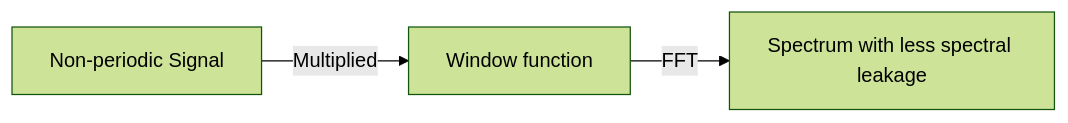
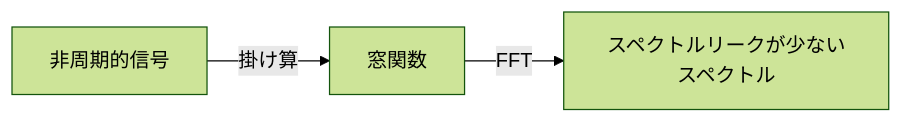
Before and after one commit to neetjack/neetjack.github.io: the second of 2 diagrams in src/content/posts/Windowing/windowing-JP.md, drawn with Mermaid (forest theme). The commit also changed other lines of this file and 1 other file, not shown here.

````diff
--- a/src/content/posts/Windowing/windowing-JP.md
+++ b/src/content/posts/Windowing/windowing-JP.md
@@ -64,4 +86,4 @@
 ```mermaid
 graph LR;
-    A[Non-periodic Signal] --> |Multiplied| B[Window function] --> |FFT| C[Spectrum with less spectral leakage];
+    A[非周期的信号] --> |掛け算| B[窓関数] --> |FFT| C[スペクトルリークが少ないスペクトル];
 ```
````
